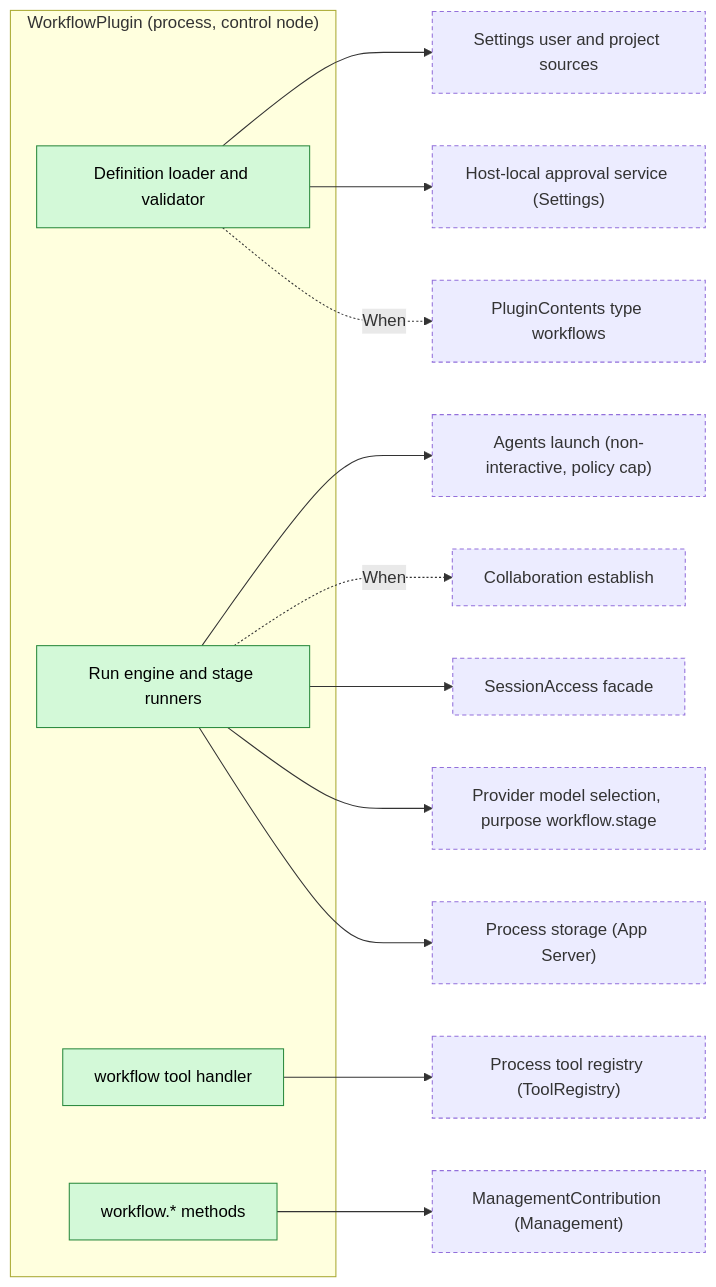
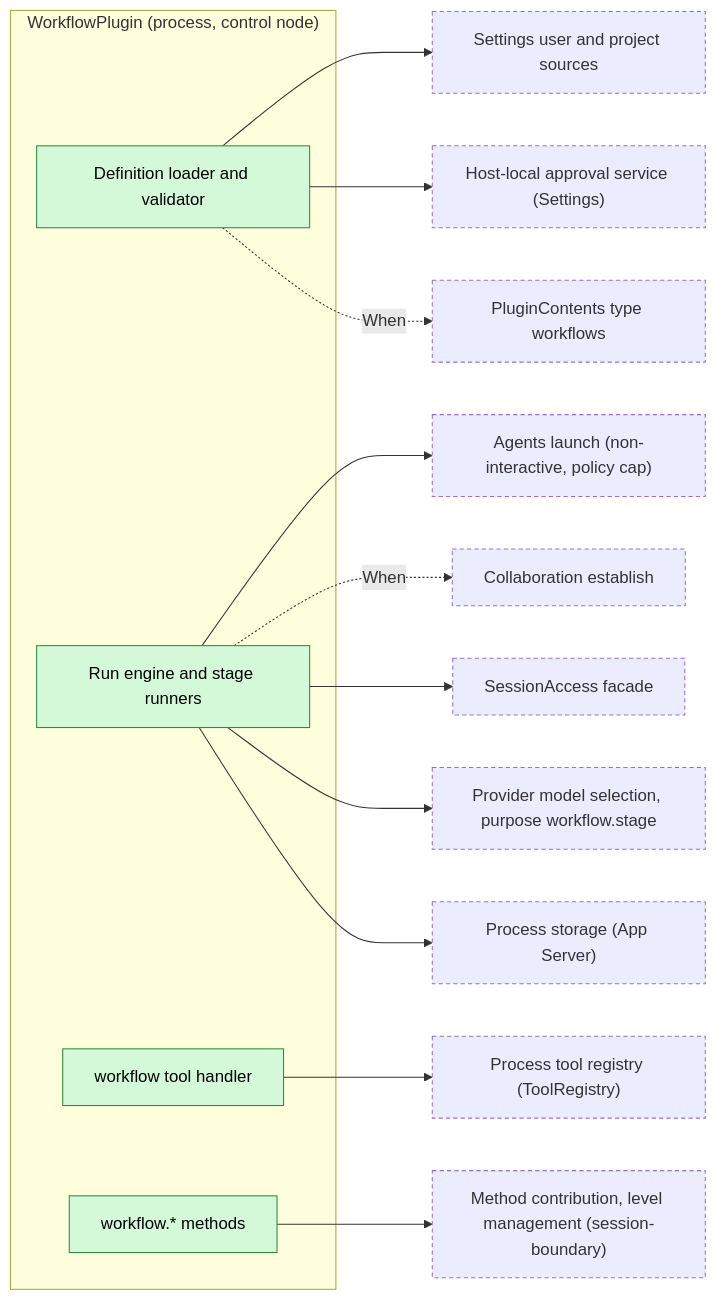
One commit to CoutinhoTTS/dim-agent changed the first of 6 diagrams in docs/design/plugins/Workflow.md. Above: the diagram before and after it, drawn with Mermaid. The commit also changed other lines of this file and 3 other files, not shown here.

````diff
--- a/docs/design/plugins/Workflow.md
+++ b/docs/design/plugins/Workflow.md
@@ -9,33 +9,33 @@
 ```mermaid
 flowchart LR
   subgraph WF["WorkflowPlugin (process, control node)"]
     Defs["Definition loader and validator"]
     Runner["Run engine and stage runners"]
     Tool["workflow tool handler"]
     Mgmt["workflow.* methods"]
   end
   ToolReg["Process tool registry (ToolRegistry)"]
-  MgmtReg["ManagementContribution (Management)"]
+  MgmtReg["Method contribution, level management (session-boundary)"]
   Launch["Agents launch (non-interactive, policy cap)"]
   Estab["Collaboration establish"]
   Access["SessionAccess facade"]
   Purpose["Provider model selection, purpose workflow.stage"]
   Store["Process storage (App Server)"]
   Approvals["Host-local approval service (Settings)"]
   Sources["Settings user and project sources"]
   Contents["PluginContents type workflows"]
   Tool --> ToolReg
   Mgmt --> MgmtReg
   Runner --> Launch
   Runner -.->|When| Estab
   Runner --> Access
   Runner --> Purpose
   Runner --> Store
   Defs --> Sources
   Defs --> Approvals
   Defs -.->|When| Contents
   classDef new fill:#d3f9d8,stroke:#2b8a3e,color:#000
   classDef contract stroke-dasharray:4 3
   class Defs,Runner,Tool,Mgmt new
   class ToolReg,MgmtReg,Launch,Estab,Access,Purpose,Store,Approvals,Sources,Contents contract
 ```
````
